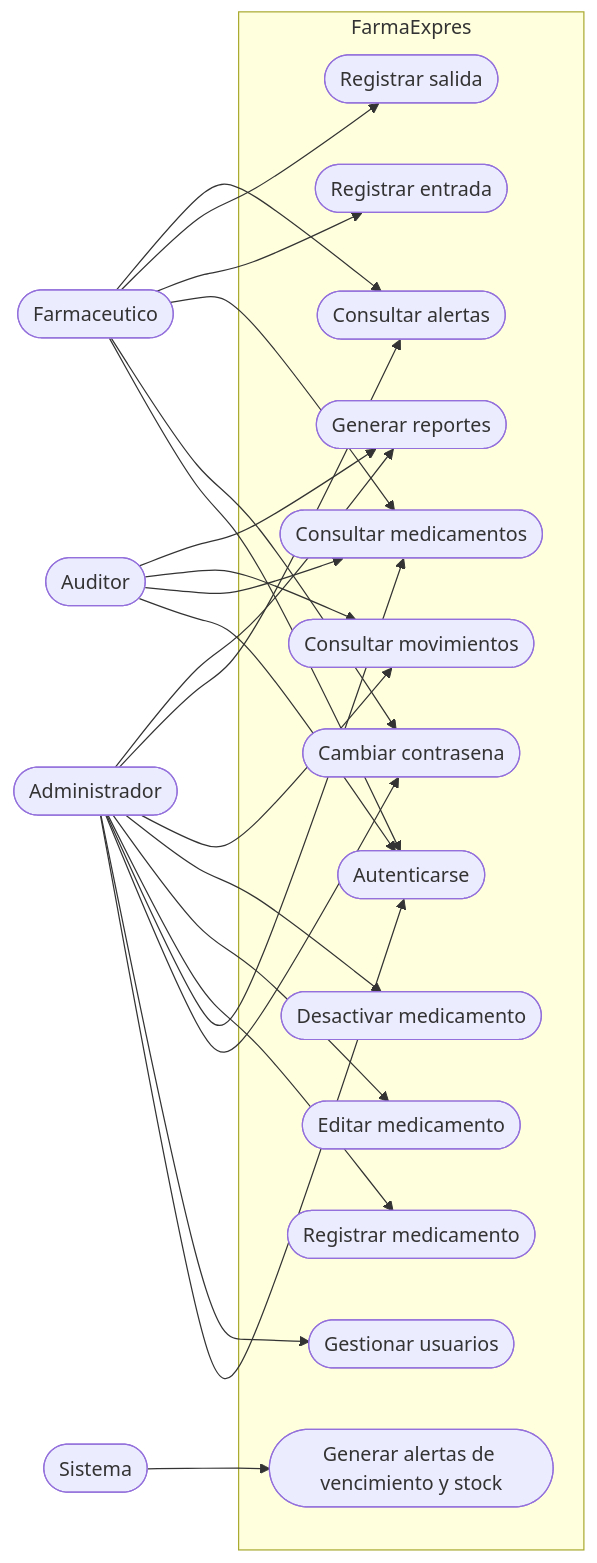
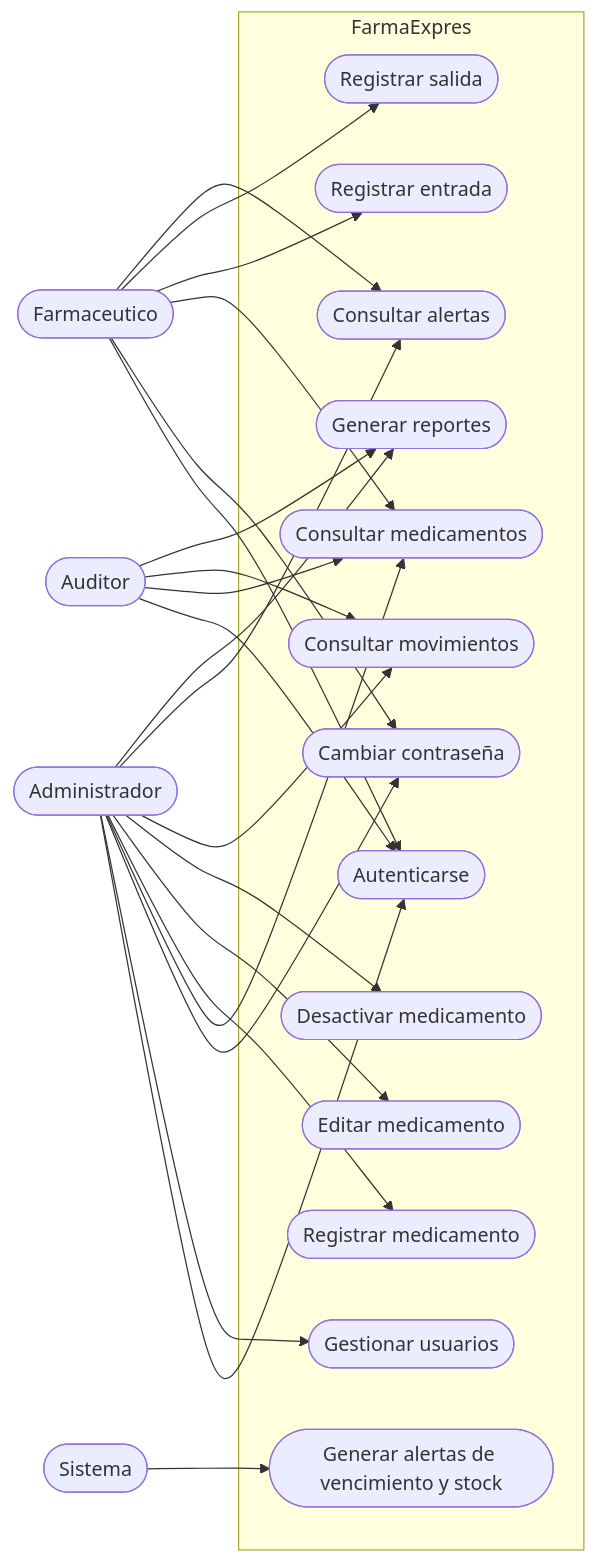
The second of 4 diagrams in README.md (jose6668/FarmaExpres-Diagramas), drawn with Mermaid before and after one commit. The commit also changed other lines of this file and 2 other files, not shown here.

Commit message:
docs(diagrams): add prediction service class diagram

````diff
--- a/README.md
+++ b/README.md
@@ -149,49 +150,49 @@
 ```mermaid
 flowchart LR
 
 Administrador([Administrador])
 Farmaceutico([Farmaceutico])
 Auditor([Auditor])
 Sistema([Sistema])
 
 subgraph FarmaExpres
 UC1([Autenticarse])
 UC2([Gestionar usuarios])
-UC3([Cambiar contrasena])
+UC3([Cambiar contraseña])
 UC4([Consultar medicamentos])
 UC5([Registrar medicamento])
 UC6([Editar medicamento])
 UC7([Desactivar medicamento])
 UC8([Registrar entrada])
 UC9([Registrar salida])
 UC10([Consultar movimientos])
 UC11([Consultar alertas])
 UC12([Generar reportes])
 UC13([Generar alertas de vencimiento y stock])
 end
 
 Administrador --> UC1
 Administrador --> UC2
 Administrador --> UC3
 Administrador --> UC4
 Administrador --> UC5
 Administrador --> UC6
 Administrador --> UC7
 Administrador --> UC10
 Administrador --> UC11
 Administrador --> UC12
 
 Farmaceutico --> UC1
 Farmaceutico --> UC3
 Farmaceutico --> UC4
 Farmaceutico --> UC8
 Farmaceutico --> UC9
 Farmaceutico --> UC11
 
 Auditor --> UC1
 Auditor --> UC4
 Auditor --> UC10
 Auditor --> UC12
 
 Sistema --> UC13
 ```
````
